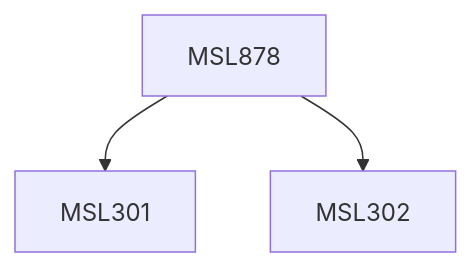
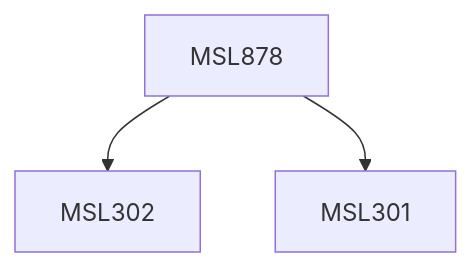
Before and after one commit to KeshavBansal0122/CoS_Website: the diagram in content/Management Studies/MSL878.md, drawn with Mermaid. The commit also changed other lines of this file and 2662 other files, not shown here.

````diff
--- a/content/Management Studies/MSL878.md
+++ b/content/Management Studies/MSL878.md
@@ -13,9 +13,9 @@
 ```mermaid
 flowchart TD
 MSL878-586[MSL878]
+MSL878-586 --> MSL302-586[MSL302]
 MSL878-586 --> MSL301-586[MSL301]
-MSL878-586 --> MSL302-586[MSL302]
 
 classDef empty height:17px, fill:transparent, stroke:transparent;
 classDef trueEmpty height:0px, width:0px;
 ```
````
